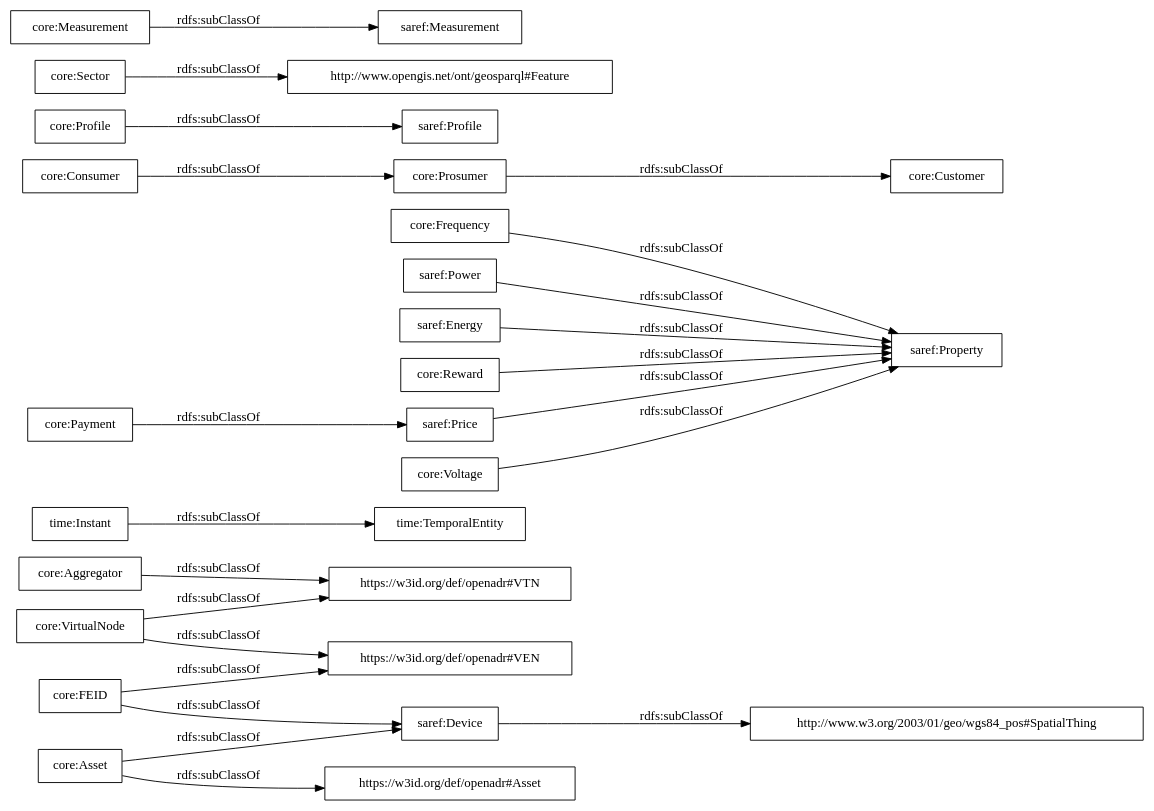
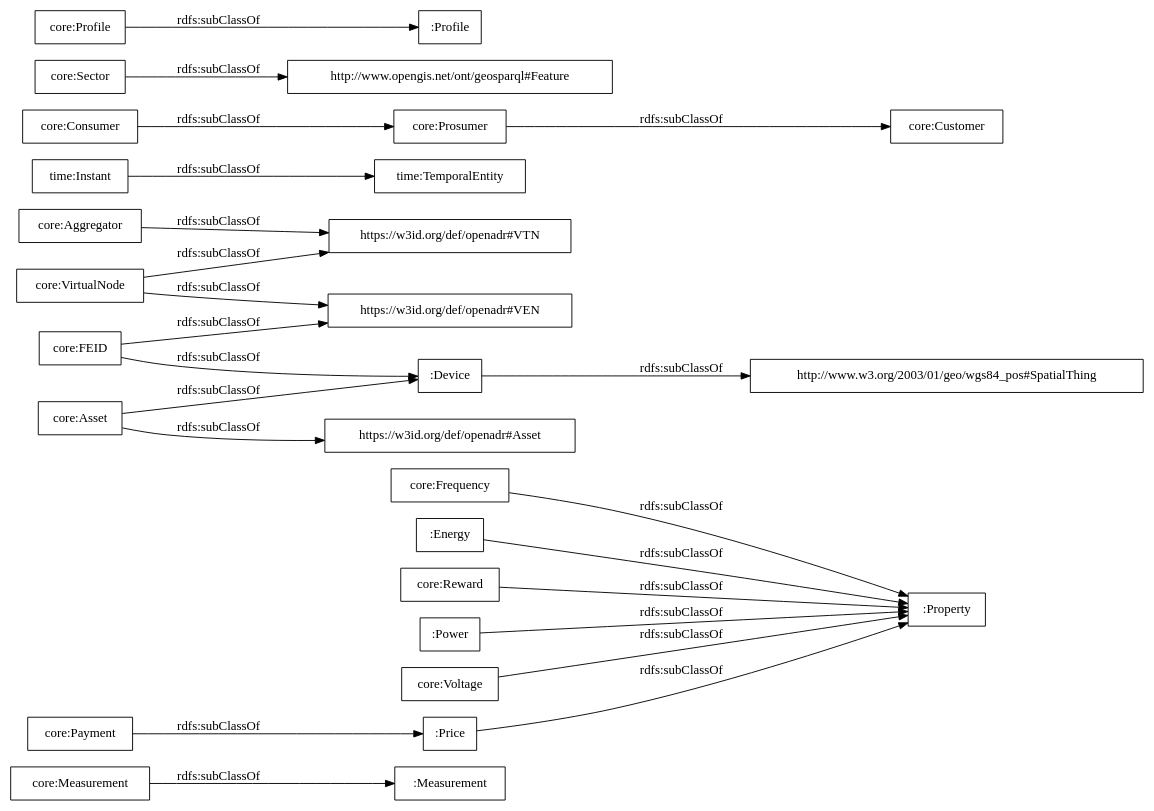
One commit to oeg-upm/delta-ontology changed the diagram in OnToology/ontology/delta.ttl/diagrams/ar2dtool-taxonomy/delta.ttl.png.dot. Above: the diagram before and after it, drawn with Graphviz. The commit also changed 12 other files, not shown here.

```diff
--- a/OnToology/ontology/delta.ttl/diagrams/ar2dtool-taxonomy/delta.ttl.png.dot
+++ b/OnToology/ontology/delta.ttl/diagrams/ar2dtool-taxonomy/delta.ttl.png.dot
@@ -1,27 +1,27 @@
 digraph ar2dtool_diagram { 
 rankdir=LR;
 size="1000"
-node [shape = rectangle, color="black"]; "https://w3id.org/def/openadr#VEN" "time:Instant" "core:Frequency" "core:Customer" "saref:Profile" "core:VirtualNode" "saref:Power" "core:Sector" "saref:Energy" "https://w3id.org/def/openadr#VTN" "saref:Device" "core:Consumer" "core:Aggregator" "core:Measurement" "http://www.w3.org/2003/01/geo/wgs84_pos#SpatialThing" "core:Prosumer" "https://w3id.org/def/openadr#Asset" "saref:Measurement" "core:Reward" "time:TemporalEntity" "saref:Price" "core:Asset" "http://www.opengis.net/ont/geosparql#Feature" "core:Voltage" "saref:Property" "core:Profile" "core:FEID" "core:Payment" ; /*classes style*/
-	"saref:Price" -> "saref:Property" [ label = "rdfs:subClassOf" ];
-	"core:Payment" -> "saref:Price" [ label = "rdfs:subClassOf" ];
-	"core:Measurement" -> "saref:Measurement" [ label = "rdfs:subClassOf" ];
+node [shape = rectangle, color="black"]; ":Measurement" ":Price" "https://w3id.org/def/openadr#VEN" "time:Instant" "core:Frequency" "core:Customer" "core:VirtualNode" ":Device" "core:Sector" "https://w3id.org/def/openadr#VTN" ":Energy" "core:Consumer" "core:Aggregator" "core:Measurement" "http://www.w3.org/2003/01/geo/wgs84_pos#SpatialThing" "core:Prosumer" "https://w3id.org/def/openadr#Asset" "core:Reward" "time:TemporalEntity" ":Profile" "core:Asset" "http://www.opengis.net/ont/geosparql#Feature" ":Power" "core:Voltage" "core:Profile" ":Property" "core:FEID" "core:Payment" ; /*classes style*/
+	":Energy" -> ":Property" [ label = "rdfs:subClassOf" ];
+	"core:Payment" -> ":Price" [ label = "rdfs:subClassOf" ];
+	"core:Measurement" -> ":Measurement" [ label = "rdfs:subClassOf" ];
 	"core:VirtualNode" -> "https://w3id.org/def/openadr#VTN" [ label = "rdfs:subClassOf" ];
 	"core:VirtualNode" -> "https://w3id.org/def/openadr#VEN" [ label = "rdfs:subClassOf" ];
-	"core:Voltage" -> "saref:Property" [ label = "rdfs:subClassOf" ];
+	"core:Voltage" -> ":Property" [ label = "rdfs:subClassOf" ];
+	":Price" -> ":Property" [ label = "rdfs:subClassOf" ];
 	"core:Sector" -> "http://www.opengis.net/ont/geosparql#Feature" [ label = "rdfs:subClassOf" ];
+	":Device" -> "http://www.w3.org/2003/01/geo/wgs84_pos#SpatialThing" [ label = "rdfs:subClassOf" ];
 	"core:Aggregator" -> "https://w3id.org/def/openadr#VTN" [ label = "rdfs:subClassOf" ];
-	"core:FEID" -> "saref:Device" [ label = "rdfs:subClassOf" ];
+	"core:FEID" -> ":Device" [ label = "rdfs:subClassOf" ];
 	"core:FEID" -> "https://w3id.org/def/openadr#VEN" [ label = "rdfs:subClassOf" ];
-	"core:Asset" -> "saref:Device" [ label = "rdfs:subClassOf" ];
 	"core:Asset" -> "https://w3id.org/def/openadr#Asset" [ label = "rdfs:subClassOf" ];
+	"core:Asset" -> ":Device" [ label = "rdfs:subClassOf" ];
+	"core:Frequency" -> ":Property" [ label = "rdfs:subClassOf" ];
 	"core:Prosumer" -> "core:Customer" [ label = "rdfs:subClassOf" ];
-	"core:Frequency" -> "saref:Property" [ label = "rdfs:subClassOf" ];
 	"time:Instant" -> "time:TemporalEntity" [ label = "rdfs:subClassOf" ];
-	"core:Profile" -> "saref:Profile" [ label = "rdfs:subClassOf" ];
-	"saref:Power" -> "saref:Property" [ label = "rdfs:subClassOf" ];
-	"saref:Energy" -> "saref:Property" [ label = "rdfs:subClassOf" ];
+	"core:Profile" -> ":Profile" [ label = "rdfs:subClassOf" ];
 	"core:Consumer" -> "core:Prosumer" [ label = "rdfs:subClassOf" ];
-	"core:Reward" -> "saref:Property" [ label = "rdfs:subClassOf" ];
-	"saref:Device" -> "http://www.w3.org/2003/01/geo/wgs84_pos#SpatialThing" [ label = "rdfs:subClassOf" ];
+	"core:Reward" -> ":Property" [ label = "rdfs:subClassOf" ];
+	":Power" -> ":Property" [ label = "rdfs:subClassOf" ];
 
 }
```
